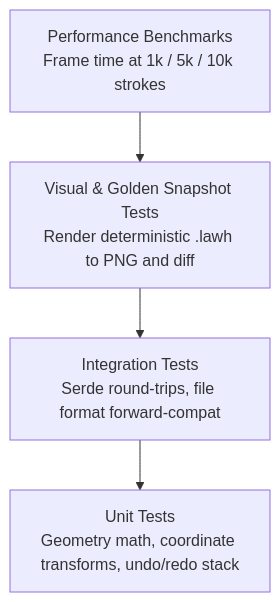
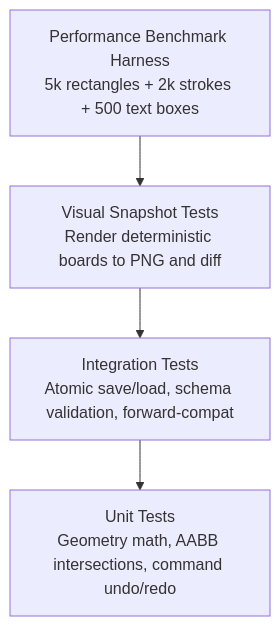
Before and after one commit to ofuqq/lawh: the diagram in docs/architecture/testing-strategy.md, drawn with Mermaid. The commit also changed other lines of this file and 58 other files, not shown here.

First line of the commit message:
chore: bootstrap mirsam project foundations, governance, and architecture

````diff
--- a/docs/architecture/testing-strategy.md
+++ b/docs/architecture/testing-strategy.md
@@ -10,11 +10,11 @@
 ```mermaid
 flowchart TD
-    Bench["Performance Benchmarks<br/>Frame time at 1k / 5k / 10k strokes"]
-    Visual["Visual & Golden Snapshot Tests<br/>Render deterministic .lawh to PNG and diff"]
-    Integ["Integration Tests<br/>Serde round-trips, file format forward-compat"]
-    Unit["Unit Tests<br/>Geometry math, coordinate transforms, undo/redo stack"]
+    Bench["Performance Benchmark Harness<br/>5k rectangles + 2k strokes + 500 text boxes"]
+    Visual["Visual Snapshot Tests<br/>Render deterministic boards to PNG and diff"]
+    Integ["Integration Tests<br/>Atomic save/load, schema validation, forward-compat"]
+    Unit["Unit Tests<br/>Geometry math, AABB intersections, command undo/redo"]
 
     Bench --> Visual
     Visual --> Integ
     Integ --> Unit
 ```
````
